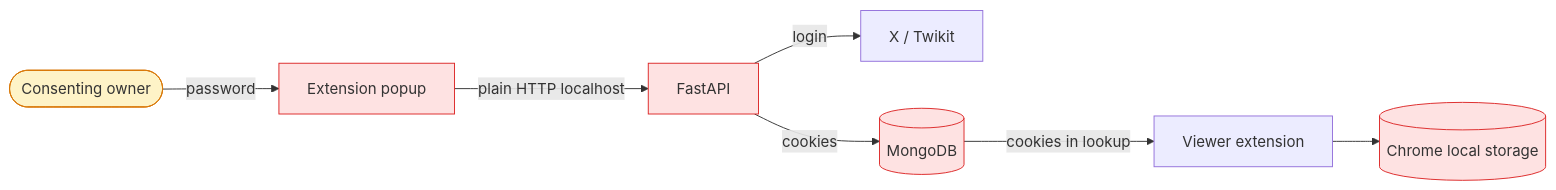
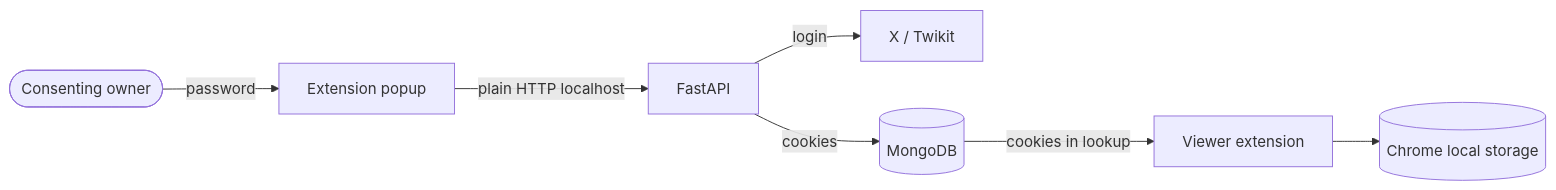
One commit to SidheshwarSarangal/X_feed_extension changed the first of 7 diagrams in docs/security-and-privacy.md. Above: the diagram before and after it, drawn with Mermaid. The commit also changed other lines of this file and 4 other files, not shown here.

````diff
--- a/docs/security-and-privacy.md
+++ b/docs/security-and-privacy.md
@@ -10,15 +10,10 @@
 ```mermaid
 flowchart LR
     Owner([Consenting owner]) -->|password| Popup[Extension popup]
     Popup -->|plain HTTP localhost| API[FastAPI]
     API -->|login| X[X / Twikit]
     API -->|cookies| Mongo[(MongoDB)]
     Mongo -->|cookies in lookup| Viewer[Viewer extension]
     Viewer --> Chrome[(Chrome local storage)]
 
-    style Owner fill:#fef3c7,stroke:#d97706
-    style Popup fill:#fee2e2,stroke:#dc2626
-    style API fill:#fee2e2,stroke:#dc2626
-    style Mongo fill:#fee2e2,stroke:#dc2626
-    style Chrome fill:#fee2e2,stroke:#dc2626
 ```
````
